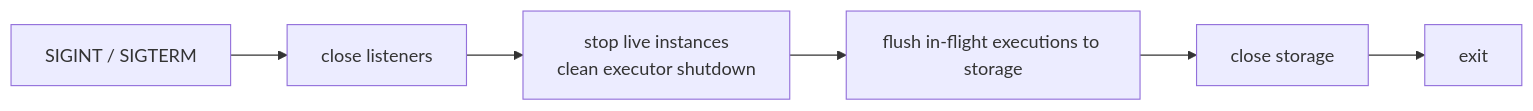
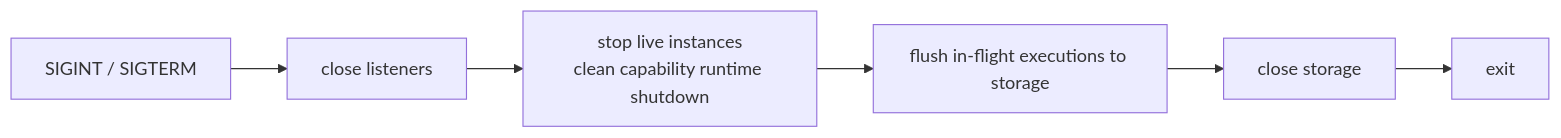
One commit to neuron-runtime/neuron changed the seventh of 7 diagrams in nore/README.md. Above: the diagram before and after it, drawn with Mermaid. The commit also changed other lines of this file and 119 other files, not shown here.

````diff
--- a/nore/README.md
+++ b/nore/README.md
@@ -258,8 +258,8 @@
 ```mermaid
 flowchart LR
     A[SIGINT / SIGTERM] --> B[close listeners]
-    B --> C[stop live instances<br/>clean executor shutdown]
+    B --> C[stop live instances<br/>clean capability runtime shutdown]
     C --> D[flush in-flight executions to storage]
     D --> E[close storage]
     E --> F[exit]
 ```
````
